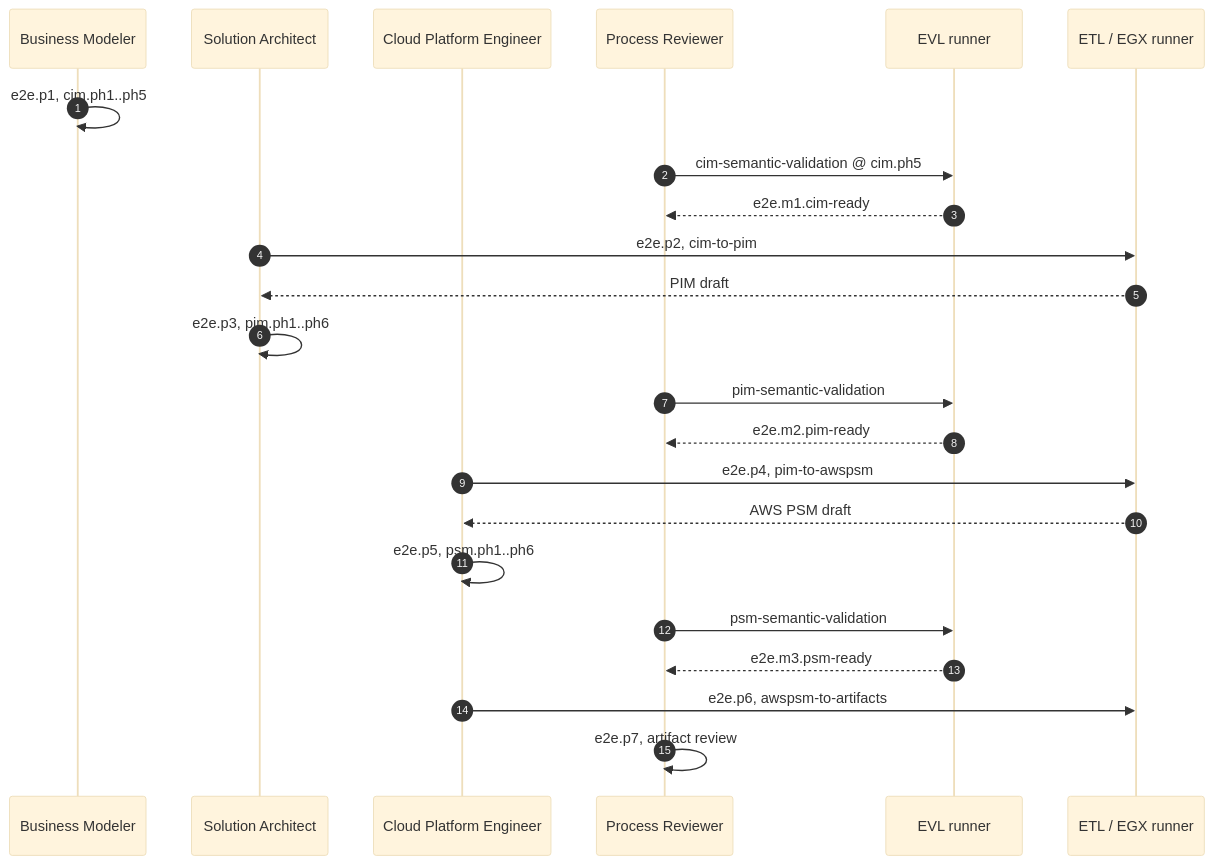
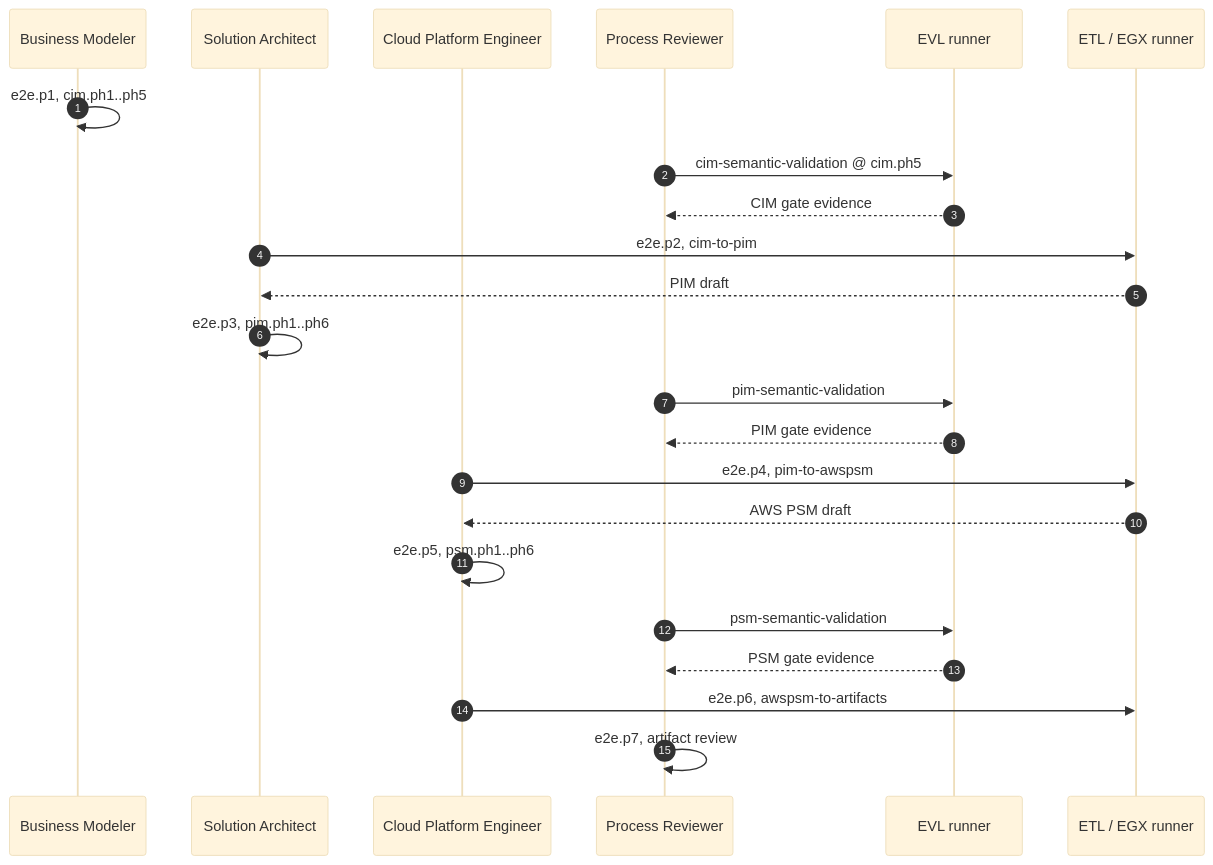
The third of 3 diagrams in docs/diagrams/27-end-to-end-methodology.md (mehdieidi/modriss), drawn with Mermaid (base theme) before and after one commit. The commit also changed other lines of this file and 54 other files, not shown here.

````diff
--- a/docs/diagrams/27-end-to-end-methodology.md
+++ b/docs/diagrams/27-end-to-end-methodology.md
@@ -77,29 +78,29 @@
 ```mermaid
 sequenceDiagram
     autonumber
     participant BM as Business Modeler
     participant SA as Solution Architect
     participant CPE as Cloud Platform Engineer
     participant PR as Process Reviewer
     participant EVL as EVL runner
     participant ETL as ETL / EGX runner
 
     BM->>BM: e2e.p1, cim.ph1..ph5
     PR->>EVL: cim-semantic-validation @ cim.ph5
-    EVL-->>PR: e2e.m1.cim-ready
+    EVL-->>PR: CIM gate evidence
 
     SA->>ETL: e2e.p2, cim-to-pim
     ETL-->>SA: PIM draft
     SA->>SA: e2e.p3, pim.ph1..ph6
     PR->>EVL: pim-semantic-validation
-    EVL-->>PR: e2e.m2.pim-ready
+    EVL-->>PR: PIM gate evidence
 
     CPE->>ETL: e2e.p4, pim-to-awspsm
     ETL-->>CPE: AWS PSM draft
     CPE->>CPE: e2e.p5, psm.ph1..ph6
     PR->>EVL: psm-semantic-validation
-    EVL-->>PR: e2e.m3.psm-ready
+    EVL-->>PR: PSM gate evidence
 
     CPE->>ETL: e2e.p6, awspsm-to-artifacts
     PR->>PR: e2e.p7, artifact review
 ```
````
